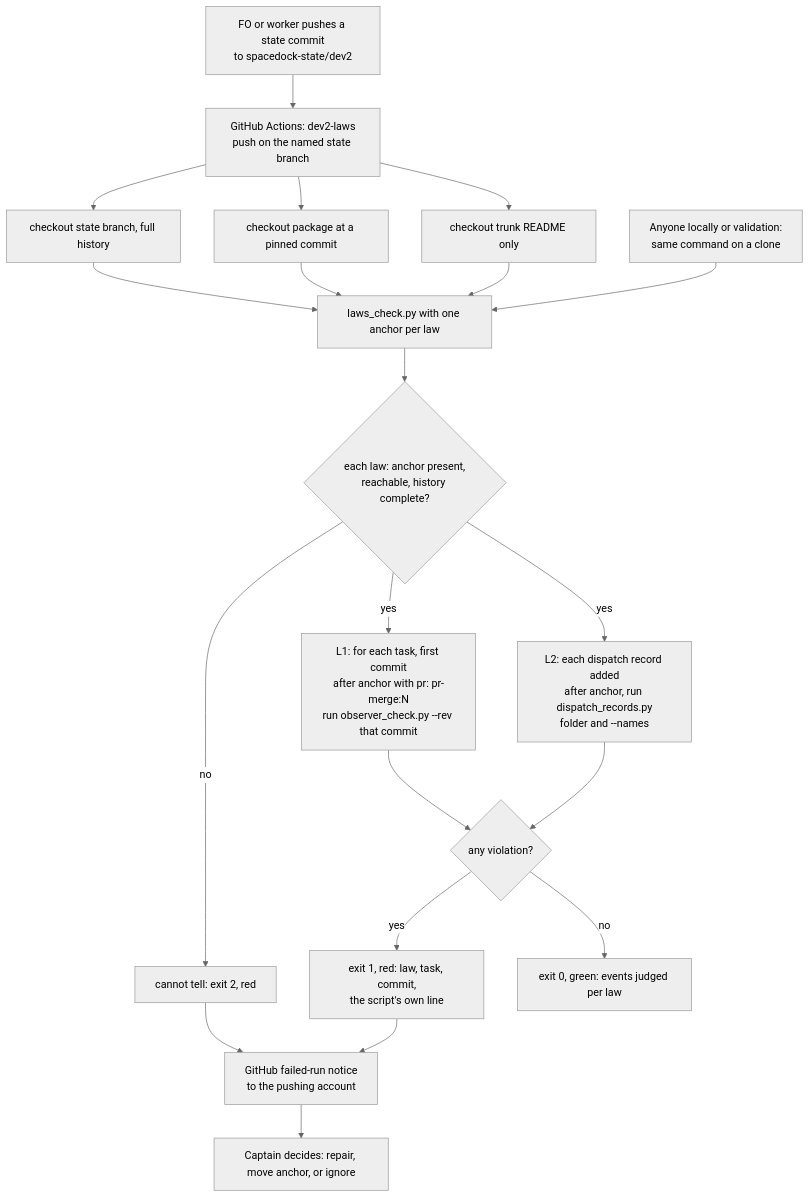
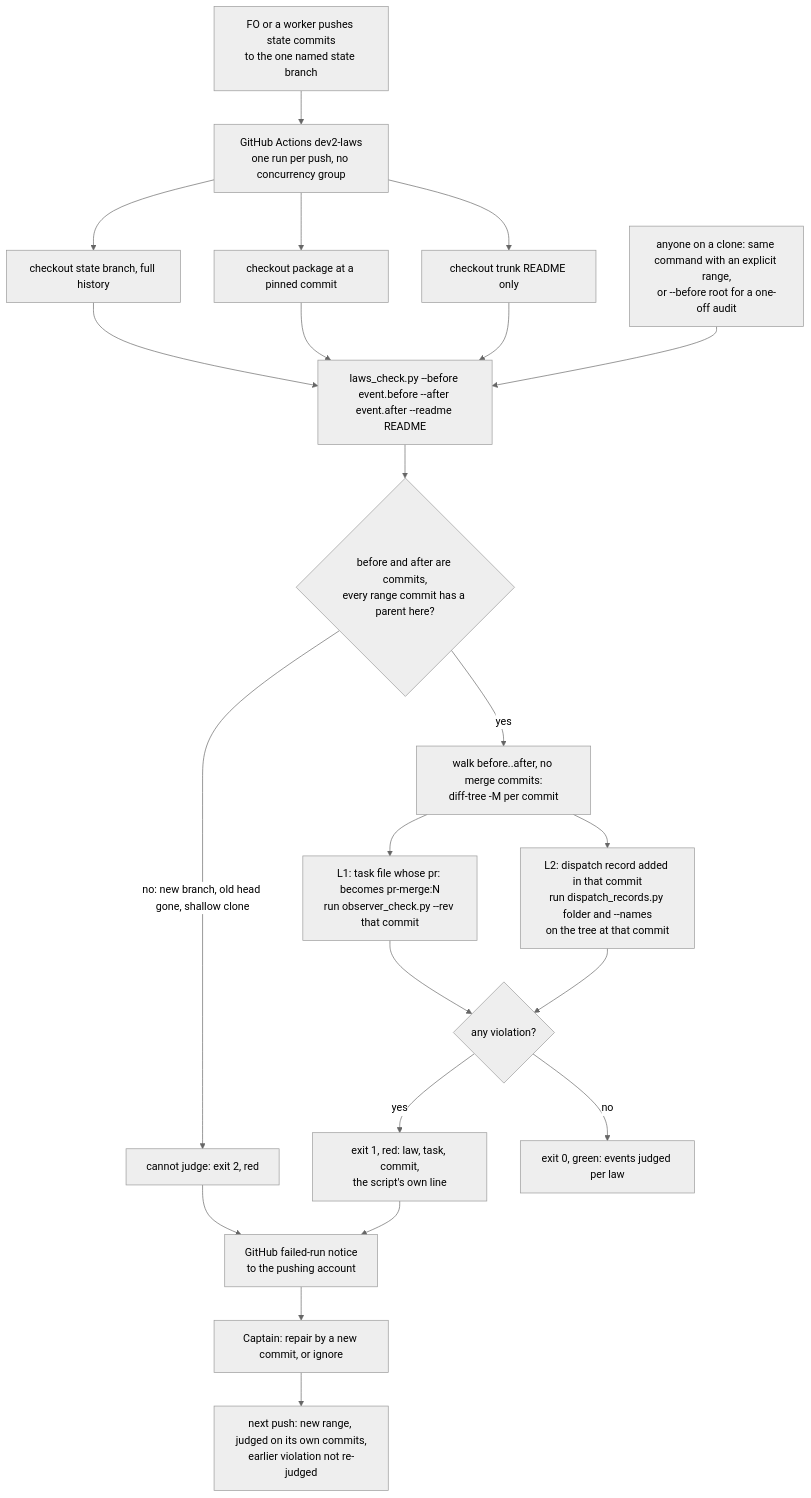
The diagram in dev2-laws-check.md (iamcxa/kc-claude-plugins), drawn with Mermaid (neutral theme) before and after one commit. The commit also changed other lines of this file, not shown here.

Commit message:
state: dev2-laws-check ideation redo under Captain amendment 1

````diff
--- a/dev2-laws-check.md
+++ b/dev2-laws-check.md
@@ -89,22 +90,24 @@
 ```mermaid
 flowchart TD
-  P[FO or worker pushes a state commit<br/>to spacedock-state/dev2] --> W[GitHub Actions: dev2-laws<br/>push on the named state branch]
+  P[FO or a worker pushes state commits<br/>to the one named state branch] --> W[GitHub Actions dev2-laws<br/>one run per push, no concurrency group]
   W --> C1[checkout state branch, full history]
   W --> C2[checkout package at a pinned commit]
   W --> C3[checkout trunk README only]
-  C1 --> R[laws_check.py with one anchor per law]
+  C1 --> R[laws_check.py --before event.before --after event.after --readme README]
   C2 --> R
   C3 --> R
-  R --> G{each law: anchor present,<br/>reachable, history complete?}
-  G -->|no| X[cannot tell: exit 2, red]
-  G -->|yes| L1[L1: for each task, first commit<br/>after anchor with pr: pr-merge:N<br/>run observer_check.py --rev that commit]
-  G -->|yes| L2[L2: each dispatch record added<br/>after anchor, run dispatch_records.py<br/>folder and --names]
+  R --> G{before and after are commits,<br/>every range commit has a parent here?}
+  G -->|no: new branch, old head gone, shallow clone| X[cannot judge: exit 2, red]
+  G -->|yes| E[walk before..after, no merge commits:<br/>diff-tree -M per commit]
+  E --> L1[L1: task file whose pr: becomes pr-merge:N<br/>run observer_check.py --rev that commit]
+  E --> L2[L2: dispatch record added in that commit<br/>run dispatch_records.py folder and --names<br/>on the tree at that commit]
   L1 --> O{any violation?}
   L2 --> O
   O -->|yes| V[exit 1, red: law, task, commit,<br/>the script's own line]
   O -->|no| OK[exit 0, green: events judged per law]
   V --> N[GitHub failed-run notice<br/>to the pushing account]
   X --> N
-  N --> CAP[Captain decides: repair, move anchor, or ignore]
-  LOC[Anyone locally or validation:<br/>same command on a clone] --> R
+  N --> CAP[Captain: repair by a new commit, or ignore]
+  CAP --> NEXT[next push: new range, judged on its own commits,<br/>earlier violation not re-judged]
+  LOC[anyone on a clone: same command with an explicit range,<br/>or --before root for a one-off audit] --> R
 ```
````
